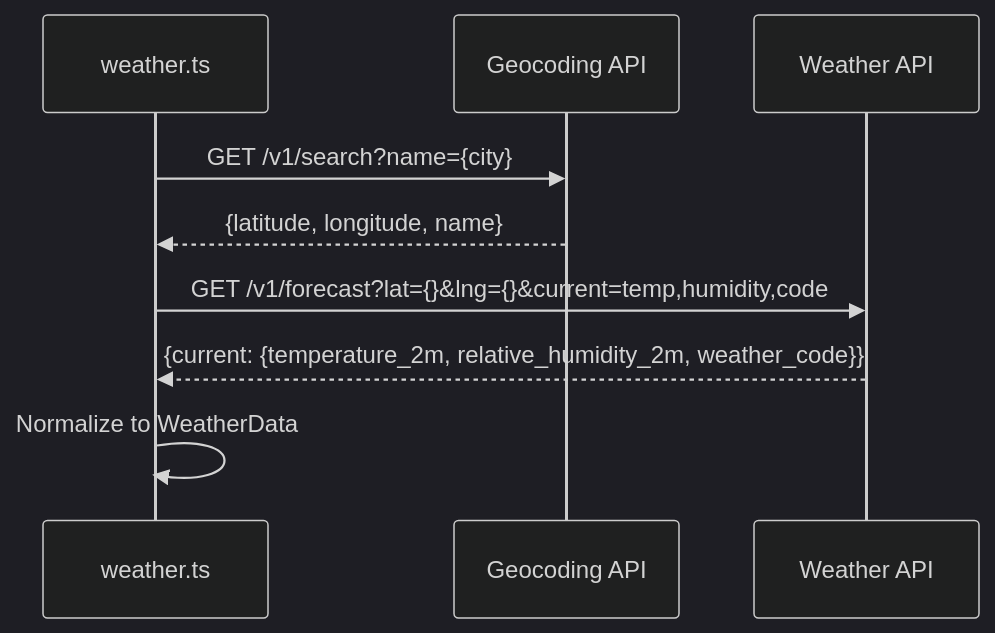
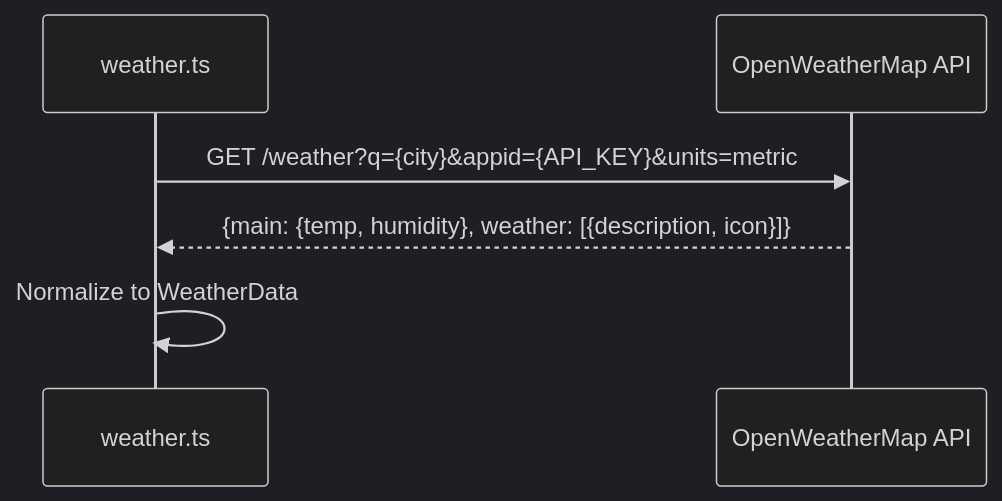
One commit to ramalokeshreddyp/hydrosmart-ai changed the sixth of 8 diagrams in architecture.md. Above: the diagram before and after it, drawn with Mermaid (dark theme). The commit also changed other lines of this file and 8 other files, not shown here.

````diff
--- a/architecture.md
+++ b/architecture.md
@@ -306,12 +306,9 @@
 ```mermaid
 sequenceDiagram
     participant App as weather.ts
-    participant Geo as Geocoding API
-    participant Weather as Weather API
+    participant Weather as OpenWeatherMap API
 
-    App->>Geo: GET /v1/search?name={city}
-    Geo-->>App: {latitude, longitude, name}
-    App->>Weather: GET /v1/forecast?lat={}&lng={}&current=temp,humidity,code
-    Weather-->>App: {current: {temperature_2m, relative_humidity_2m, weather_code}}
+    App->>Weather: GET /weather?q={city}&appid={API_KEY}&units=metric
+    Weather-->>App: {main: {temp, humidity}, weather: [{description, icon}]}
     App->>App: Normalize to WeatherData
 ```
````
